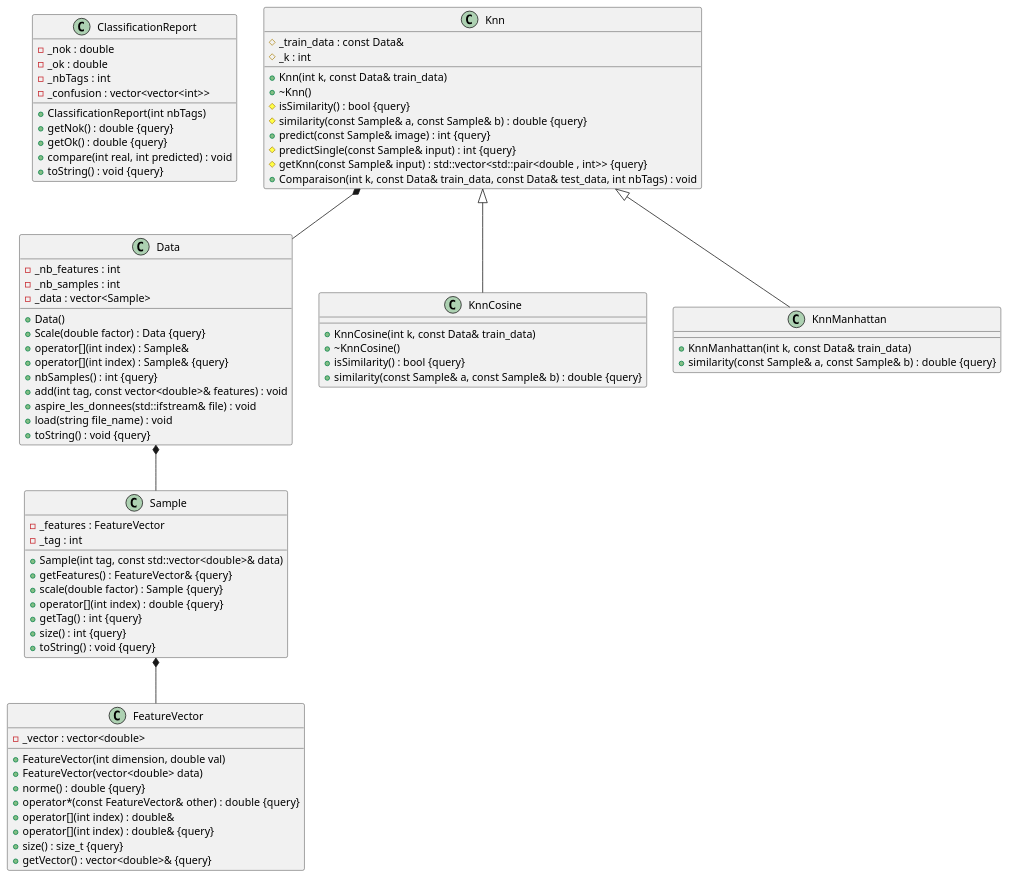
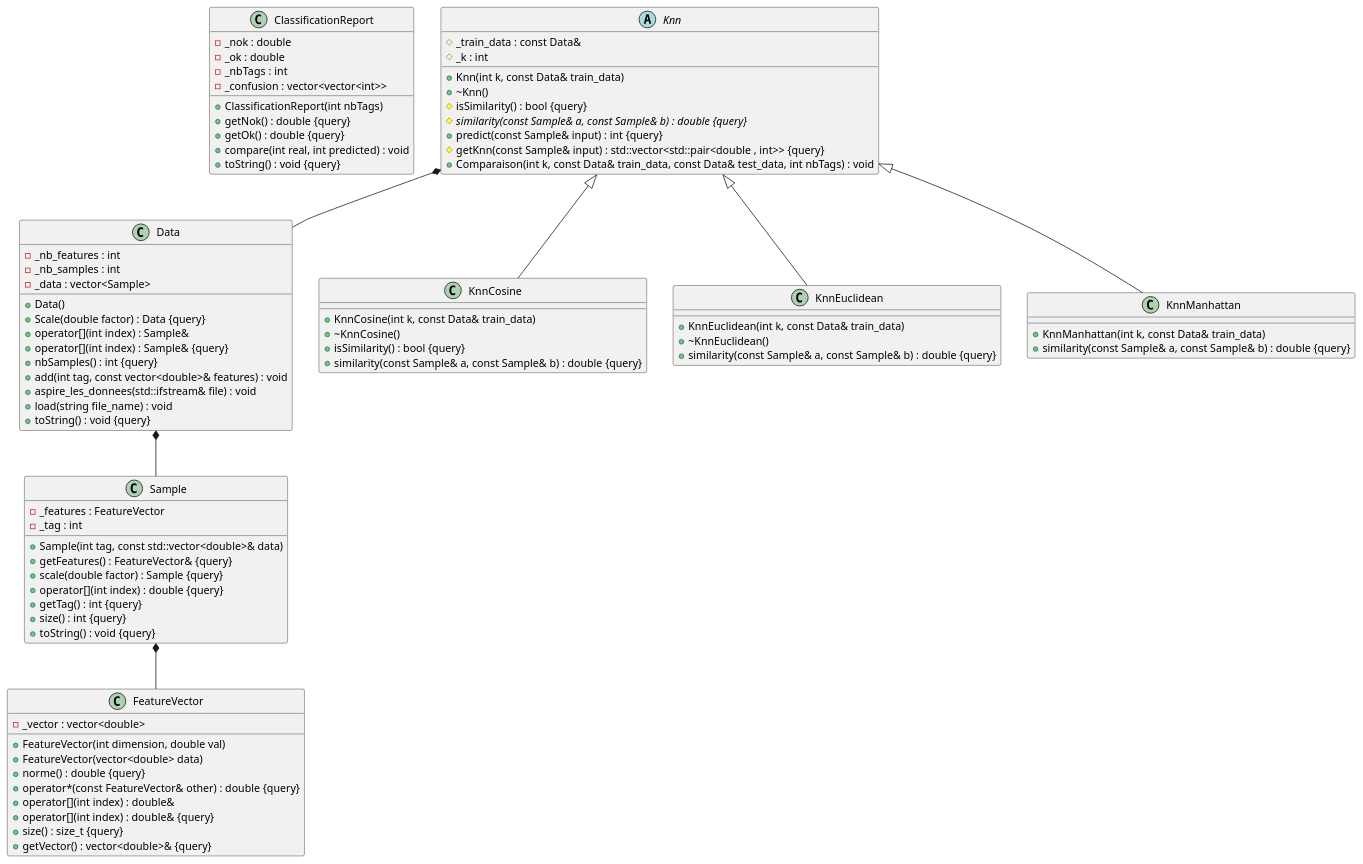
Before and after one commit to Rowingporte/Algo_kppv_homework_4ESET: the diagram in source/classification.puml, drawn with PlantUML. The commit also changed 5 other files, not shown here.

```diff
--- a/source/classification.puml
+++ b/source/classification.puml
@@ -1,125 +1,134 @@
 @startuml
 
 
 
 
 
 /' Objects '/
 
 class ClassificationReport {
 	+ClassificationReport(int nbTags)
 	-_nok : double
 	-_ok : double
 	+getNok() : double {query}
 	+getOk() : double {query}
 	-_nbTags : int
 	-_confusion : vector<vector<int>>
 	+compare(int real, int predicted) : void
 	+toString() : void {query}
 }
 
 
 class Data {
 	+Data()
 	+Scale(double factor) : Data {query}
 	+operator[](int index) : Sample&
 	+operator[](int index) : Sample& {query}
 	-_nb_features : int
 	-_nb_samples : int
 	+nbSamples() : int {query}
 	-_data : vector<Sample>
 	+add(int tag, const vector<double>& features) : void
 	+aspire_les_donnees(std::ifstream& file) : void
 	+load(string file_name) : void
 	+toString() : void {query}
 }
 
 
 class FeatureVector {
 	+FeatureVector(int dimension, double val)
 	+FeatureVector(vector<double> data)
 	+norme() : double {query}
 	+operator*(const FeatureVector& other) : double {query}
 	+operator[](int index) : double&
 	+operator[](int index) : double& {query}
 	+size() : size_t {query}
 	-_vector : vector<double>
 	+getVector() : vector<double>& {query}
 }
 
 
-class Knn {
+abstract class Knn {
 	+Knn(int k, const Data& train_data)
 	+~Knn()
 	#isSimilarity() : bool {query}
 	#_train_data : const Data&
-	#similarity(const Sample& a, const Sample& b) : double {query}
+	#{abstract} similarity(const Sample& a, const Sample& b) : double {query}
 	#_k : int
-	+predict(const Sample& image) : int {query}
-	#predictSingle(const Sample& input) : int {query}
+	+predict(const Sample& input) : int {query}
 	#getKnn(const Sample& input) : std::vector<std::pair<double , int>> {query}
 	+Comparaison(int k, const Data& train_data, const Data& test_data, int nbTags) : void
 }
 
 
 class KnnCosine {
 	+KnnCosine(int k, const Data& train_data)
 	+~KnnCosine()
 	+isSimilarity() : bool {query}
+	+similarity(const Sample& a, const Sample& b) : double {query}
+}
+
+
+class KnnEuclidean {
+	+KnnEuclidean(int k, const Data& train_data)
+	+~KnnEuclidean()
 	+similarity(const Sample& a, const Sample& b) : double {query}
 }
 
 
 class KnnManhattan {
 	+KnnManhattan(int k, const Data& train_data)
 	+similarity(const Sample& a, const Sample& b) : double {query}
 }
 
 
 class Sample {
 	+Sample(int tag, const std::vector<double>& data)
 	-_features : FeatureVector
 	+getFeatures() : FeatureVector& {query}
 	+scale(double factor) : Sample {query}
 	+operator[](int index) : double {query}
 	-_tag : int
 	+getTag() : int {query}
 	+size() : int {query}
 	+toString() : void {query}
 }
 
 
 
 
 
 /' Inheritance relationships '/
 
 Knn <|-- KnnCosine
 
 
+Knn <|-- KnnEuclidean
+
+
 Knn <|-- KnnManhattan
 
 
 
 
 
 /' Aggregation relationships '/
 
 Data *-- Sample
 
 
 Knn *-- Data
 
 
 Sample *-- FeatureVector
 
 
 
 
 
 
 /' Nested objects '/
 
 
 
 @enduml
```
